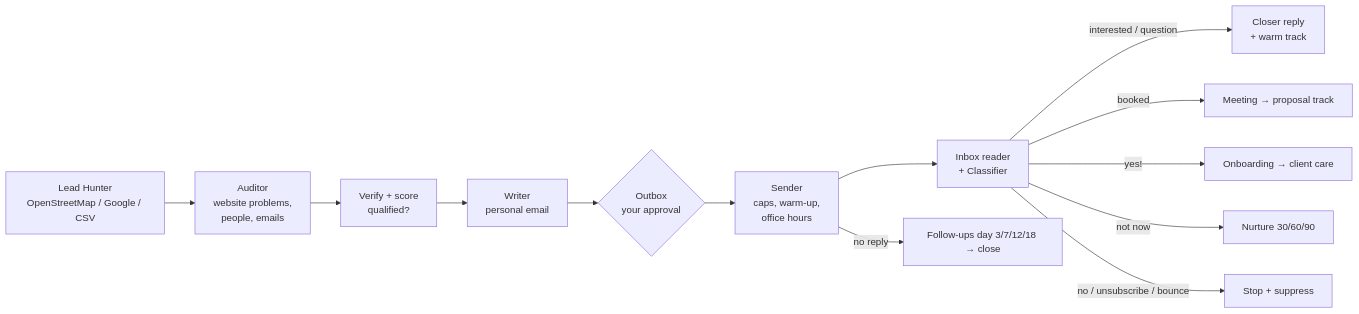
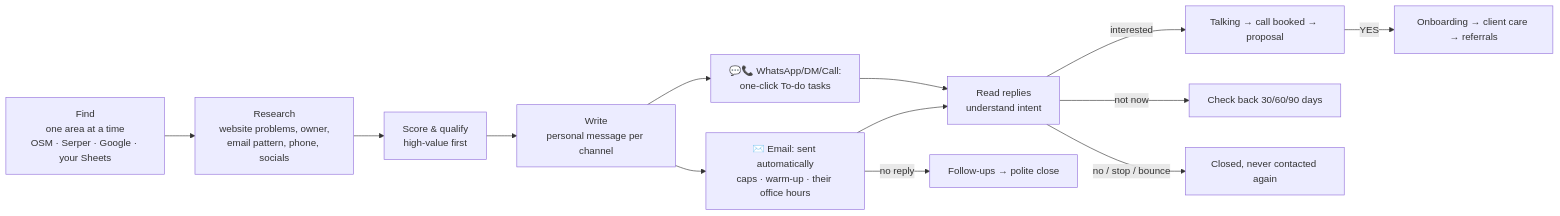
One commit to NandaniRamoliya/LeadAutomationPipeline changed the diagram in README.md. Above: the diagram before and after it, drawn with Mermaid. The commit also changed other lines of this file and 59 other files, not shown here.

````diff
--- a/README.md
+++ b/README.md
@@ -24,15 +19,15 @@
 ```mermaid
 flowchart LR
-    A[Lead Hunter<br/>OpenStreetMap / Google / CSV] --> B[Auditor<br/>website problems,<br/>people, emails]
-    B --> C[Verify + score<br/>qualified?]
-    C --> D[Writer<br/>personal email]
-    D --> E{Outbox<br/>your approval}
-    E --> F[Sender<br/>caps, warm-up,<br/>office hours]
-    F --> G[Inbox reader<br/>+ Classifier]
-    G -->|interested / question| H[Closer reply<br/>+ warm track]
-    G -->|booked| I[Meeting → proposal track]
-    G -->|yes!| J[Onboarding → client care]
-    G -->|not now| K[Nurture 30/60/90]
-    G -->|no / unsubscribe / bounce| L[Stop + suppress]
-    F -->|no reply| M[Follow-ups day 3/7/12/18 → close]
+    A[Find<br/>one area at a time<br/>OSM · Serper · Google · your Sheets] --> B[Research<br/>website problems, owner,<br/>email pattern, phone, socials]
+    B --> C[Score & qualify<br/>high-value first]
+    C --> D[Write<br/>personal message per channel]
+    D --> E[✉️ Email: sent automatically<br/>caps · warm-up · their office hours]
+    D --> F[💬📞 WhatsApp/DM/Call:<br/>one-click To-do tasks]
+    E --> G[Read replies<br/>understand intent]
+    F --> G
+    G -->|interested| H[Talking → call booked → proposal]
+    H -->|YES| I[Onboarding → client care → referrals]
+    G -->|not now| J[Check back 30/60/90 days]
+    G -->|no / stop / bounce| K[Closed, never contacted again]
+    E -->|no reply| L[Follow-ups → polite close]
 ```
````
